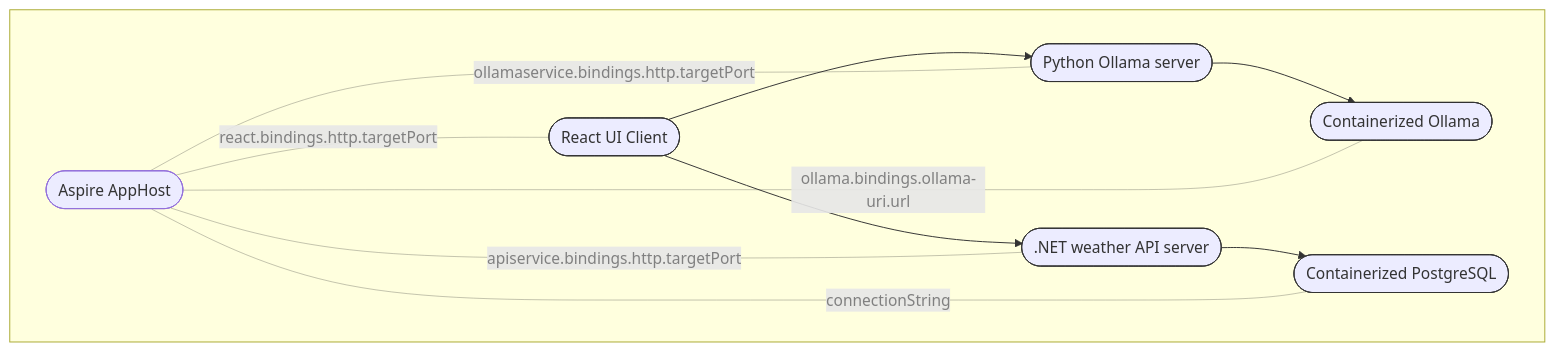
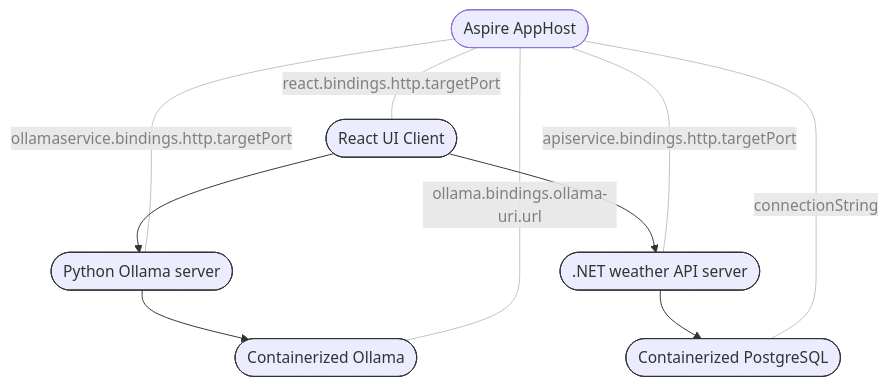
One commit to CynicDog/Aspiring-Ollama changed the diagram in README.md. Above: the diagram before and after it, drawn with Mermaid.

````diff
--- a/README.md
+++ b/README.md
@@ -2,18 +2,18 @@
 ``` mermaid
 flowchart TD
-    subgraph " "
-        A([React UI Client]) --> B([Python Ollama server])
-        B --> E([Containerized Ollama])
-        A --> C([.NET weather API server])
-        C --> D([Containerized PostgreSQL])
-        F([Aspire AppHost]) --- |react.bindings.http.targetPort| A
-        F --- |ollamaservice.bindings.http.targetPort| B
-        F --- |apiservice.bindings.http.targetPort| C
-        F --- |connectionString| D
-        F --- |ollama.bindings.ollama-uri.url| E
-    end 
+    
+    A([React UI Client]) --> B([Python Ollama server])
+    B --> E([Containerized Ollama])
+    A --> C([.NET weather API server])
+    C --> D([Containerized PostgreSQL])
+    F([Aspire AppHost]) --- |react.bindings.http.targetPort| A
+    F --- |ollamaservice.bindings.http.targetPort| B
+    F --- |apiservice.bindings.http.targetPort| C
+    F --- |connectionString| D
+    F --- |ollama.bindings.ollama-uri.url| E
+     
     classDef container stroke:#333,stroke-width:1px;
     class A,B,C,D,E container;
 
     linkStyle 4,5,6,7,8 stroke-width:.3px,color:grey;
 ```
````
